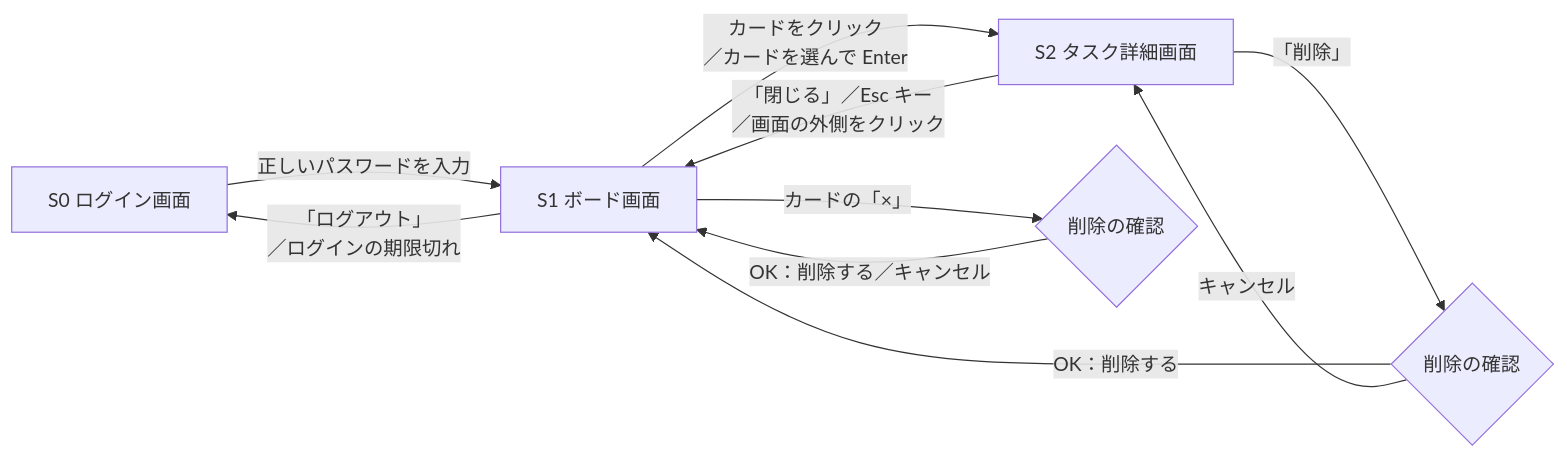
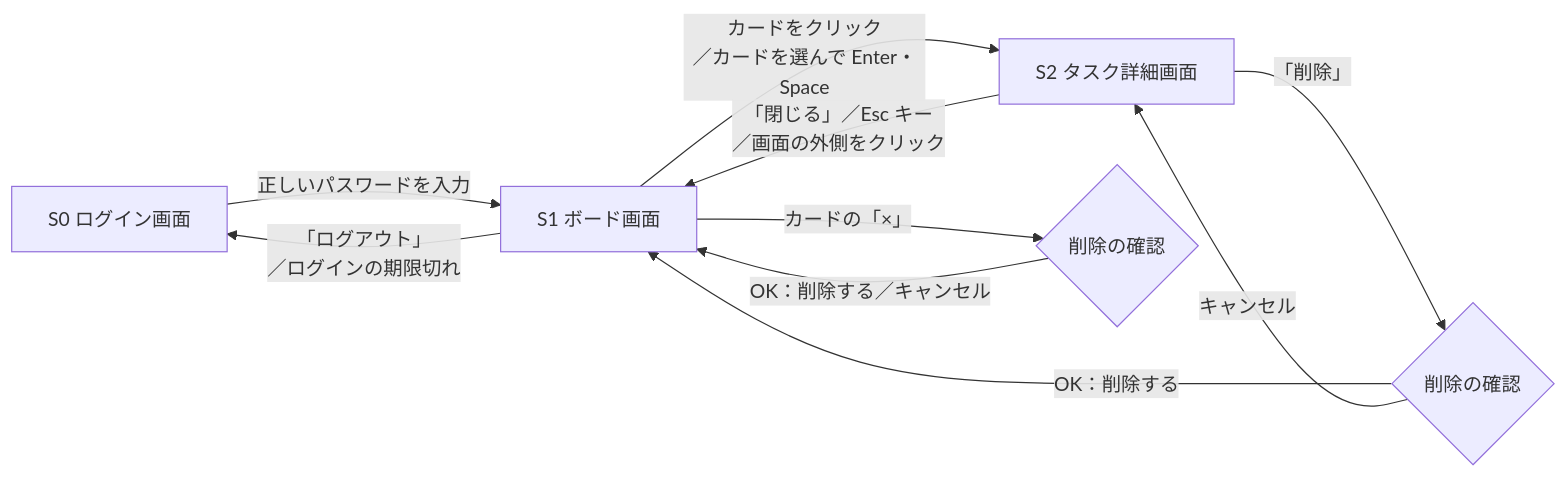
One commit to kaitofujitani/tasukumanezimennto changed the diagram in docs/screens.md. Above: the diagram before and after it, drawn with Mermaid. The commit also changed other lines of this file and 1 other file, not shown here.

Commit message:
docs: カードは Space キーでも開けることを画面設計書・機能仕様書に書き足す

````diff
--- a/docs/screens.md
+++ b/docs/screens.md
@@ -23,12 +23,12 @@
 ```mermaid
 flowchart LR
   S0[S0 ログイン画面] -- 正しいパスワードを入力 --> S1[S1 ボード画面]
   S1 -- 「ログアウト」<br>／ログインの期限切れ --> S0
-  S1 -- カードをクリック<br>／カードを選んで Enter --> S2[S2 タスク詳細画面]
+  S1 -- カードをクリック<br>／カードを選んで Enter・Space --> S2[S2 タスク詳細画面]
   S2 -- 「閉じる」／Esc キー<br>／画面の外側をクリック --> S1
   S2 -- 「削除」 --> C{削除の確認}
   C -- OK：削除する --> S1
   C -- キャンセル --> S2
   S1 -- カードの「×」 --> C1{削除の確認}
   C1 -- OK：削除する／キャンセル --> S1
 ```
````
